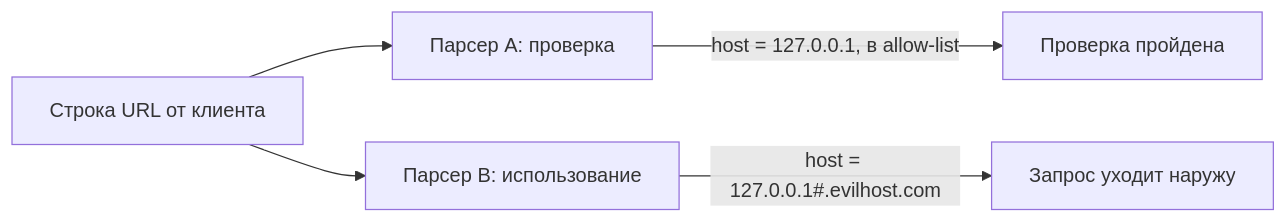
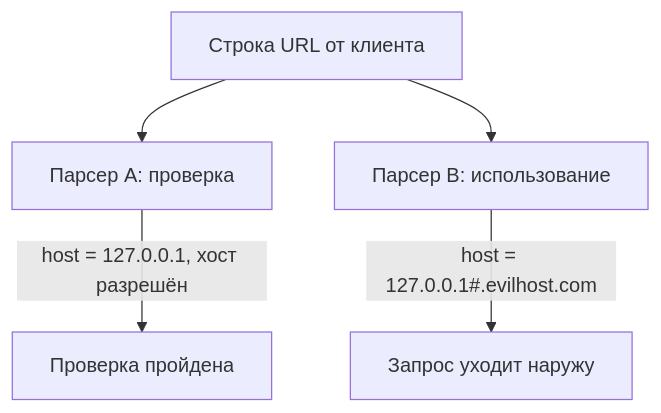
Before and after one commit to not-obfuscation/AppSec-guidebook: the diagram in content/stage-0/url-and-encoding.md, drawn with Mermaid. The commit also changed other lines of this file and 214 other files, not shown here.

````diff
--- a/content/stage-0/url-and-encoding.md
+++ b/content/stage-0/url-and-encoding.md
@@ -183,7 +255,7 @@
 ```mermaid
-flowchart LR
+flowchart TB
     S["Строка URL от клиента"] --> V["Парсер A: проверка"]
     S --> F["Парсер B: использование"]
-    V -->|"host = 127.0.0.1, в allow-list"| OK["Проверка пройдена"]
+    V -->|"host = 127.0.0.1, хост разрешён"| OK["Проверка пройдена"]
     F -->|"host = 127.0.0.1#.evilhost.com"| REQ["Запрос уходит наружу"]
 ```
````
